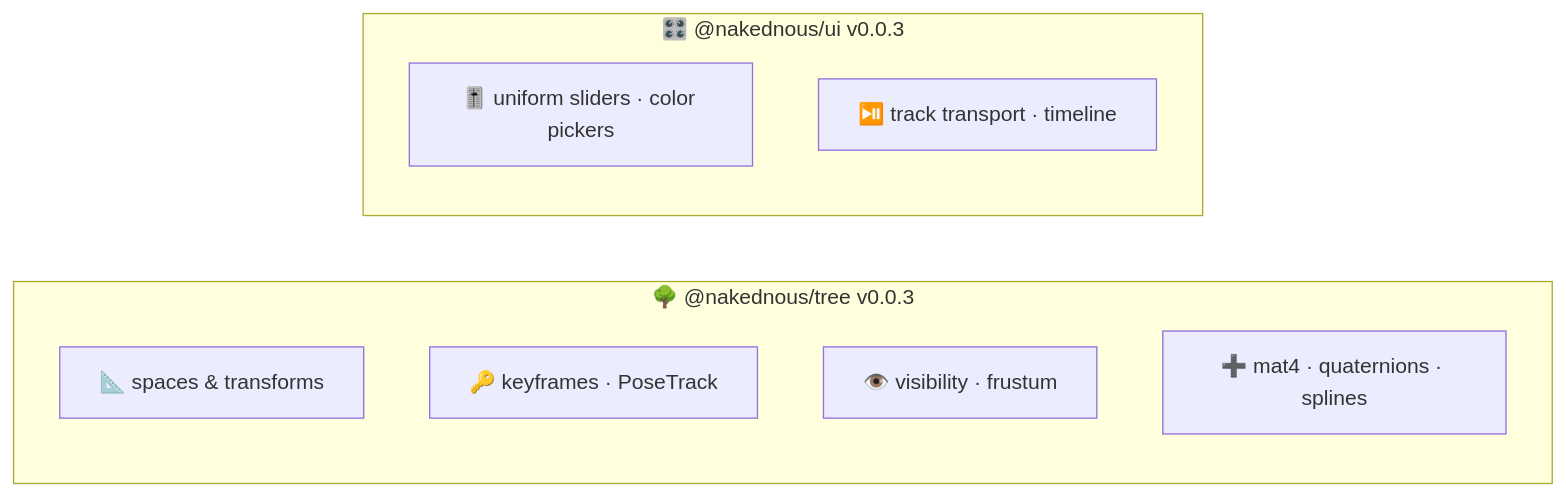
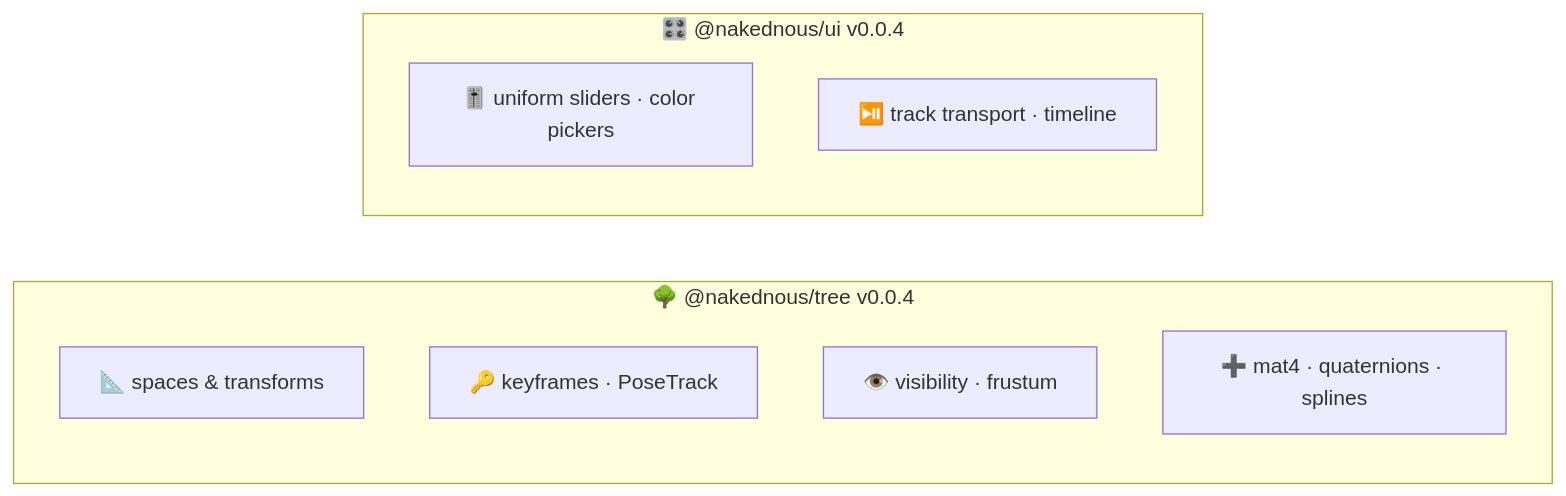
The second of 6 diagrams in slides.md (ABJ-d/tree), drawn with Mermaid before and after one commit. The commit also changed other lines of this file and 188 other files, not shown here.

````diff
--- a/slides.md
+++ b/slides.md
@@ -74,14 +74,14 @@
 ```mermaid
 flowchart LR
-  subgraph T["🌳 @nakednous/tree v0.0.3"]
+  subgraph T["🌳 @nakednous/tree v0.0.4"]
     t1["📐 spaces & transforms"]
     t2["🔑 keyframes · PoseTrack"]
     t3["👁️ visibility · frustum"]
     t4["➕ mat4 · quaternions · splines"]
   end
 
-  subgraph U["🎛️ @nakednous/ui v0.0.3"]
+  subgraph U["🎛️ @nakednous/ui v0.0.4"]
     u1["🎚️ uniform sliders · color pickers"]
     u2["⏯️ track transport · timeline"]
   end
 ```
````
